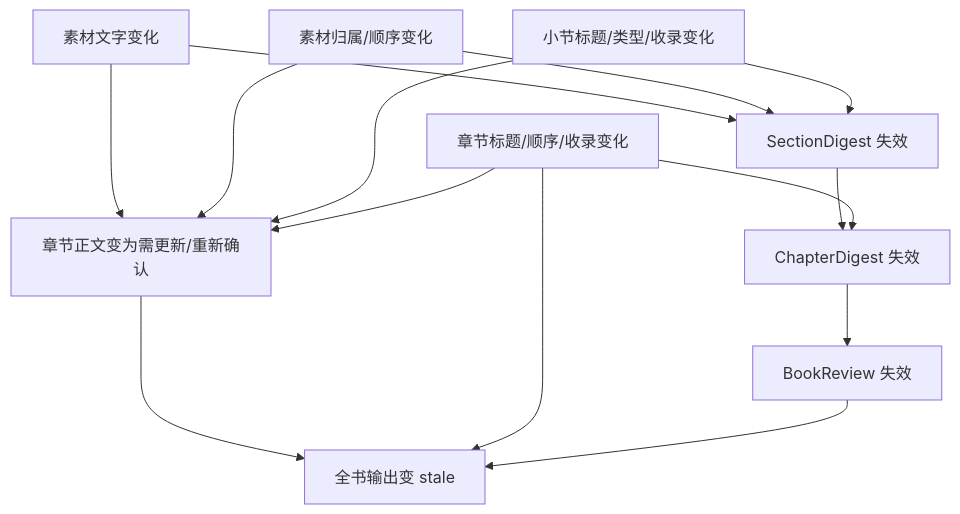
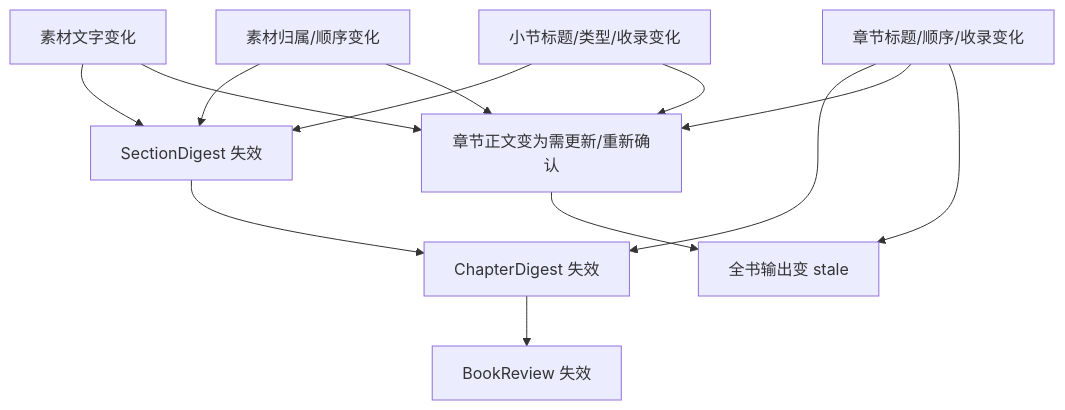
One commit to kolafish/pawtale changed the third of 3 diagrams in docs/MEMOIR_DATA_MODEL_AND_EDITING_GUIDE.md. Above: the diagram before and after it, drawn with Mermaid. The commit also changed other lines of this file, not shown here.

Commit message:
docs: clarify memoir plan synchronization flow

````diff
--- a/docs/MEMOIR_DATA_MODEL_AND_EDITING_GUIDE.md
+++ b/docs/MEMOIR_DATA_MODEL_AND_EDITING_GUIDE.md
@@ -1142,26 +1142,25 @@
 ```mermaid
 flowchart TD
     TranscriptChange["素材文字变化"]
     AssignmentChange["素材归属/顺序变化"]
     SectionChange["小节标题/类型/收录变化"]
     ChapterChange["章节标题/顺序/收录变化"]
     SectionDigest["SectionDigest 失效"]
     ChapterDigest["ChapterDigest 失效"]
     BookReview["BookReview 失效"]
     Draft["章节正文变为需更新/重新确认"]
     Output["全书输出变 stale"]
 
     TranscriptChange --> SectionDigest
     AssignmentChange --> SectionDigest
     SectionChange --> SectionDigest
     SectionDigest --> ChapterDigest
     ChapterChange --> ChapterDigest
     ChapterDigest --> BookReview
     TranscriptChange --> Draft
     AssignmentChange --> Draft
     SectionChange --> Draft
     ChapterChange --> Draft
     Draft --> Output
     ChapterChange --> Output
-    BookReview --> Output
 ```
````
